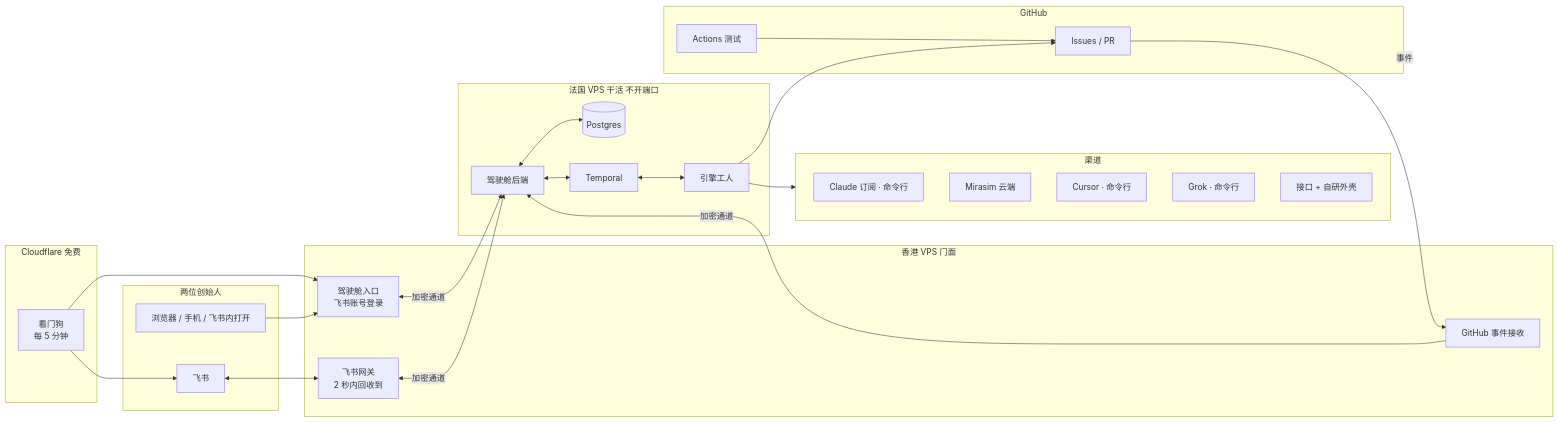
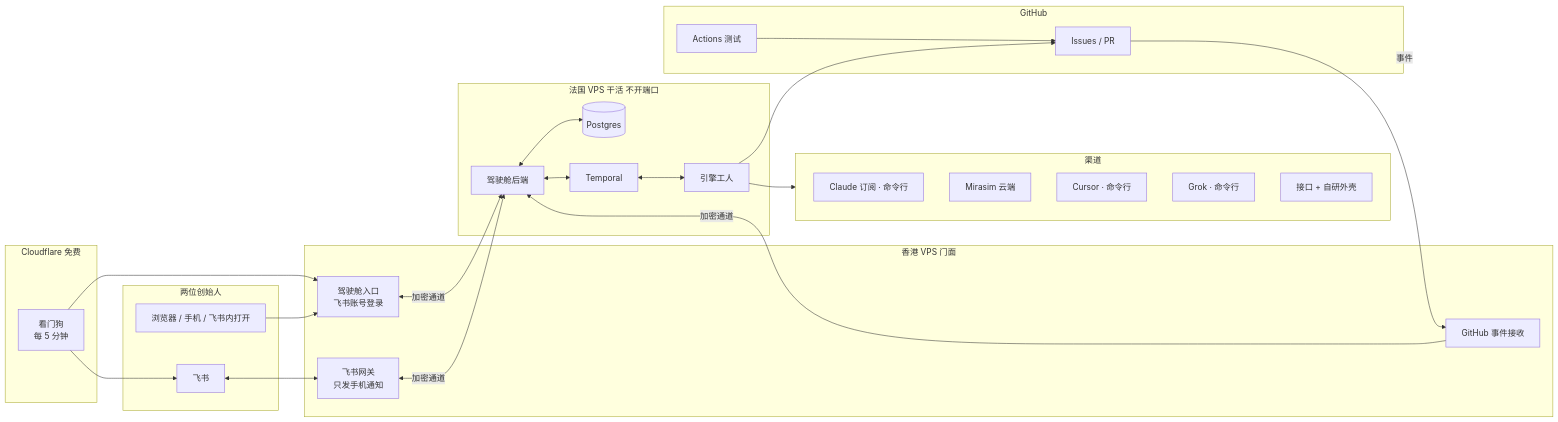
One commit to thoerwink8/fleet-dao changed the first of 2 diagrams in docs/design.md. Above: the diagram before and after it, drawn with Mermaid. The commit also changed other lines of this file and 3 other files, not shown here.

````diff
--- a/docs/design.md
+++ b/docs/design.md
@@ -76,46 +76,46 @@
 ```mermaid
 flowchart LR
   subgraph People[两位创始人]
     B[浏览器 / 手机 / 飞书内打开]
     F[飞书]
   end
   subgraph HK[香港 VPS 门面]
     W[驾驶舱入口<br/>飞书账号登录]
-    FG[飞书网关<br/>2 秒内回收到]
+    FG[飞书网关<br/>只发手机通知]
     H[GitHub 事件接收]
   end
   subgraph FR[法国 VPS 干活 不开端口]
     API[驾驶舱后端]
     T[Temporal]
     PG[(Postgres)]
     E[引擎工人]
   end
   subgraph GH[GitHub]
     I[Issues / PR]
     A[Actions 测试]
   end
   subgraph CF[Cloudflare 免费]
     WD[看门狗<br/>每 5 分钟]
   end
   subgraph CH[渠道]
     C1[Claude 订阅 · 命令行]
     C2[Mirasim 云端]
     C3[Cursor · 命令行]
     C4[Grok · 命令行]
     C5[接口 + 自研外壳]
   end
   B --> W
   F <--> FG
   I -- 事件 --> H
   W <-- 加密通道 --> API
   FG <-- 加密通道 --> API
   H -- 加密通道 --> API
   API <--> PG
   API <--> T
   T <--> E
   E --> CH
   E --> I
   A --> I
   WD --> W
   WD --> F
 ```
````
